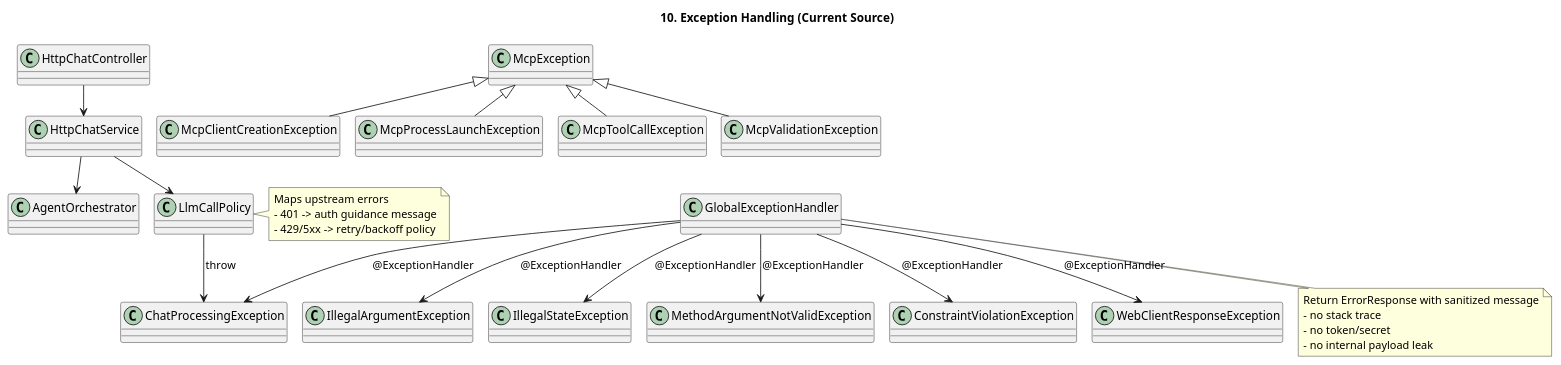
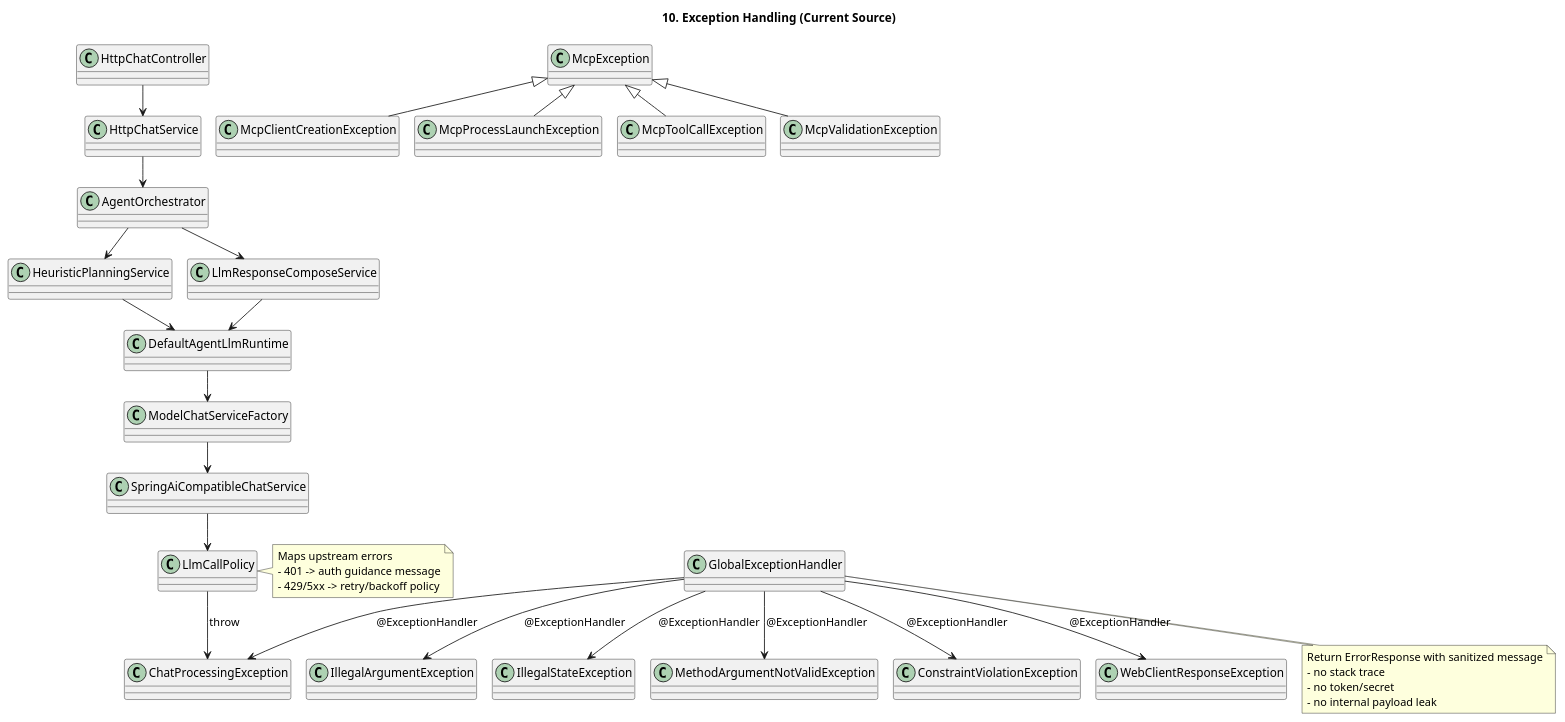
The diagram in documents/mcp-orchestrator-architecture/10-exception-handling.puml (kim57uak/spring-ai), drawn with PlantUML before and after one commit. The commit also changed 16 other files, not shown here.

Commit message:
docs: sync architecture docs with current source

```diff
--- a/documents/mcp-orchestrator-architecture/10-exception-handling.puml
+++ b/documents/mcp-orchestrator-architecture/10-exception-handling.puml
@@ -1,51 +1,62 @@
 @startuml
 !pragma layout smetana
 title 10. Exception Handling (Current Source)
 
 skinparam shadowing false
 skinparam componentStyle rectangle
 
 class HttpChatController
 class HttpChatService
 class AgentOrchestrator
+class HeuristicPlanningService
+class LlmResponseComposeService
+class DefaultAgentLlmRuntime
+class ModelChatServiceFactory
 class LlmCallPolicy
+class SpringAiCompatibleChatService
 class GlobalExceptionHandler
 
 class ChatProcessingException
 class McpException
 class McpClientCreationException
 class McpProcessLaunchException
 class McpToolCallException
 class McpValidationException
 
 HttpChatController --> HttpChatService
 HttpChatService --> AgentOrchestrator
-HttpChatService --> LlmCallPolicy
+AgentOrchestrator --> HeuristicPlanningService
+AgentOrchestrator --> LlmResponseComposeService
+HeuristicPlanningService --> DefaultAgentLlmRuntime
+LlmResponseComposeService --> DefaultAgentLlmRuntime
+DefaultAgentLlmRuntime --> ModelChatServiceFactory
+ModelChatServiceFactory --> SpringAiCompatibleChatService
+SpringAiCompatibleChatService --> LlmCallPolicy
 
 LlmCallPolicy --> ChatProcessingException : throw
 GlobalExceptionHandler --> ChatProcessingException : @ExceptionHandler
 GlobalExceptionHandler --> IllegalArgumentException : @ExceptionHandler
 GlobalExceptionHandler --> IllegalStateException : @ExceptionHandler
 GlobalExceptionHandler --> MethodArgumentNotValidException : @ExceptionHandler
 GlobalExceptionHandler --> ConstraintViolationException : @ExceptionHandler
 GlobalExceptionHandler --> WebClientResponseException : @ExceptionHandler
 
 McpException <|-- McpClientCreationException
 McpException <|-- McpProcessLaunchException
 McpException <|-- McpToolCallException
 McpException <|-- McpValidationException
 
 note bottom of GlobalExceptionHandler
 Return ErrorResponse with sanitized message
 - no stack trace
 - no token/secret
 - no internal payload leak
 end note
 
 note right of LlmCallPolicy
 Maps upstream errors
 - 401 -> auth guidance message
 - 429/5xx -> retry/backoff policy
 end note
 
 @enduml
```
